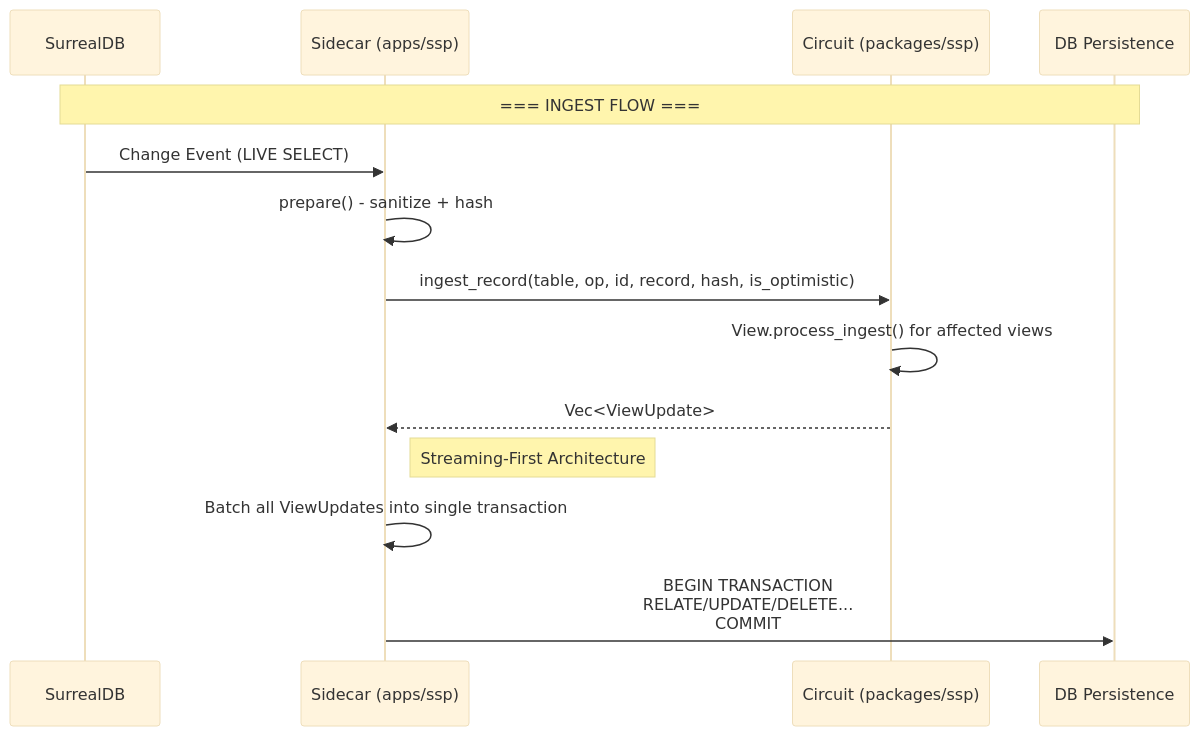
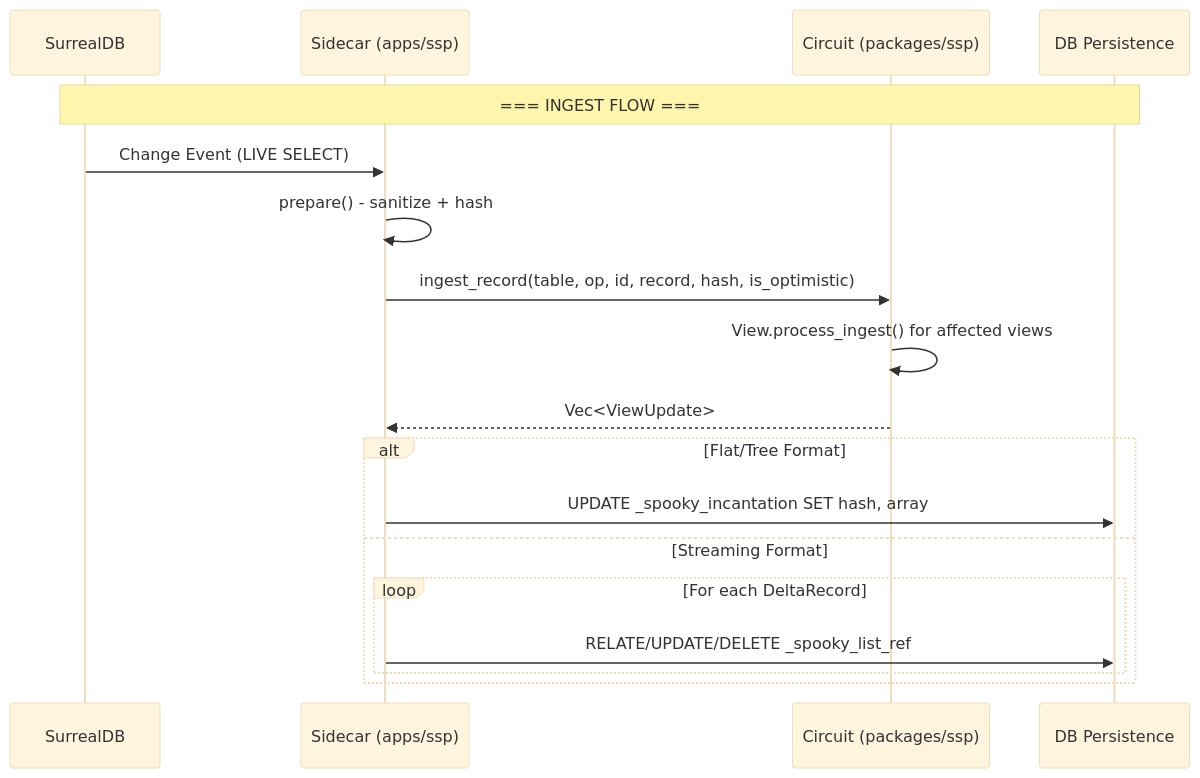
The diagram in packages/ssp/README.md (mono424/spooky), drawn with Mermaid (base theme) before and after one commit. The commit also changed other lines of this file and 26 other files, not shown here.

````diff
--- a/packages/ssp/README.md
+++ b/packages/ssp/README.md
@@ -21,19 +21,23 @@
 ```mermaid
 sequenceDiagram
     participant DB as SurrealDB
     participant SC as Sidecar (apps/ssp)
     participant DBSP as Circuit (packages/ssp)
     participant OUT as DB Persistence
 
     Note over DB,OUT: === INGEST FLOW ===
-
+    
     DB->>SC: Change Event (LIVE SELECT)
     SC->>SC: prepare() - sanitize + hash
     SC->>DBSP: ingest_record(table, op, id, record, hash, is_optimistic)
     DBSP->>DBSP: View.process_ingest() for affected views
     DBSP-->>SC: Vec<ViewUpdate>
-
-    Note right of SC: Streaming-First Architecture
-    SC->>SC: Batch all ViewUpdates into single transaction
-    SC->>OUT: BEGIN TRANSACTION<br/>RELATE/UPDATE/DELETE...<br/>COMMIT
+    
+    alt Flat/Tree Format
+        SC->>OUT: UPDATE _spooky_incantation SET hash, array
+    else Streaming Format
+        loop For each DeltaRecord
+            SC->>OUT: RELATE/UPDATE/DELETE _spooky_list_ref
+        end
+    end
 ```
````
